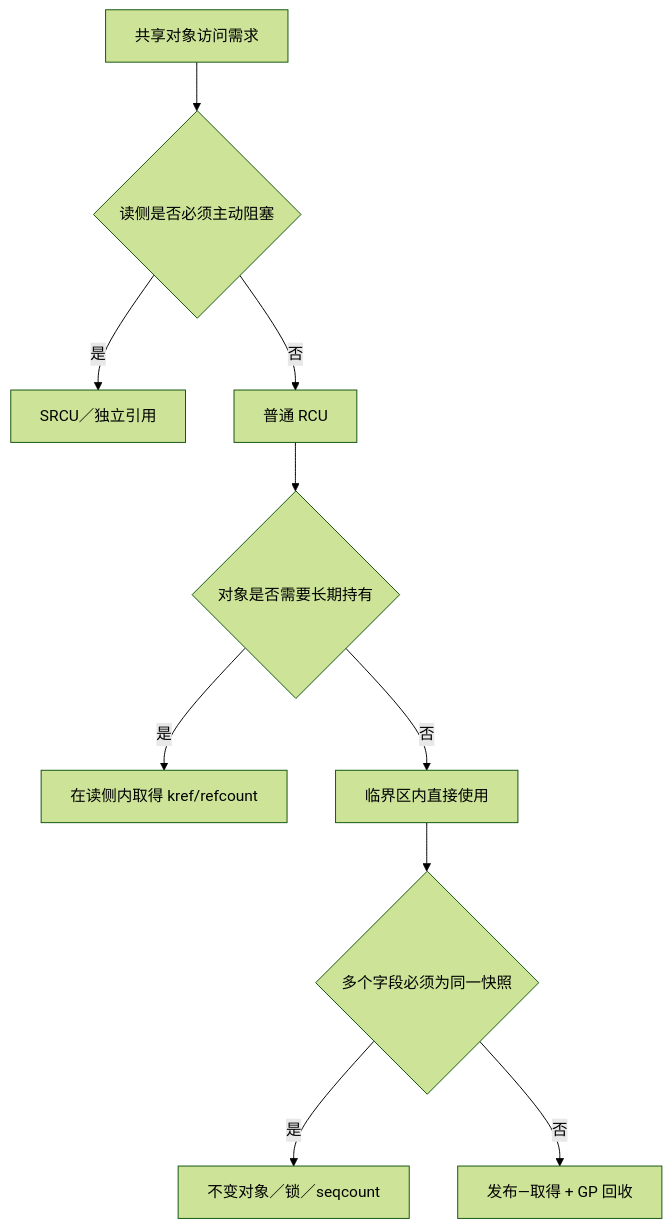
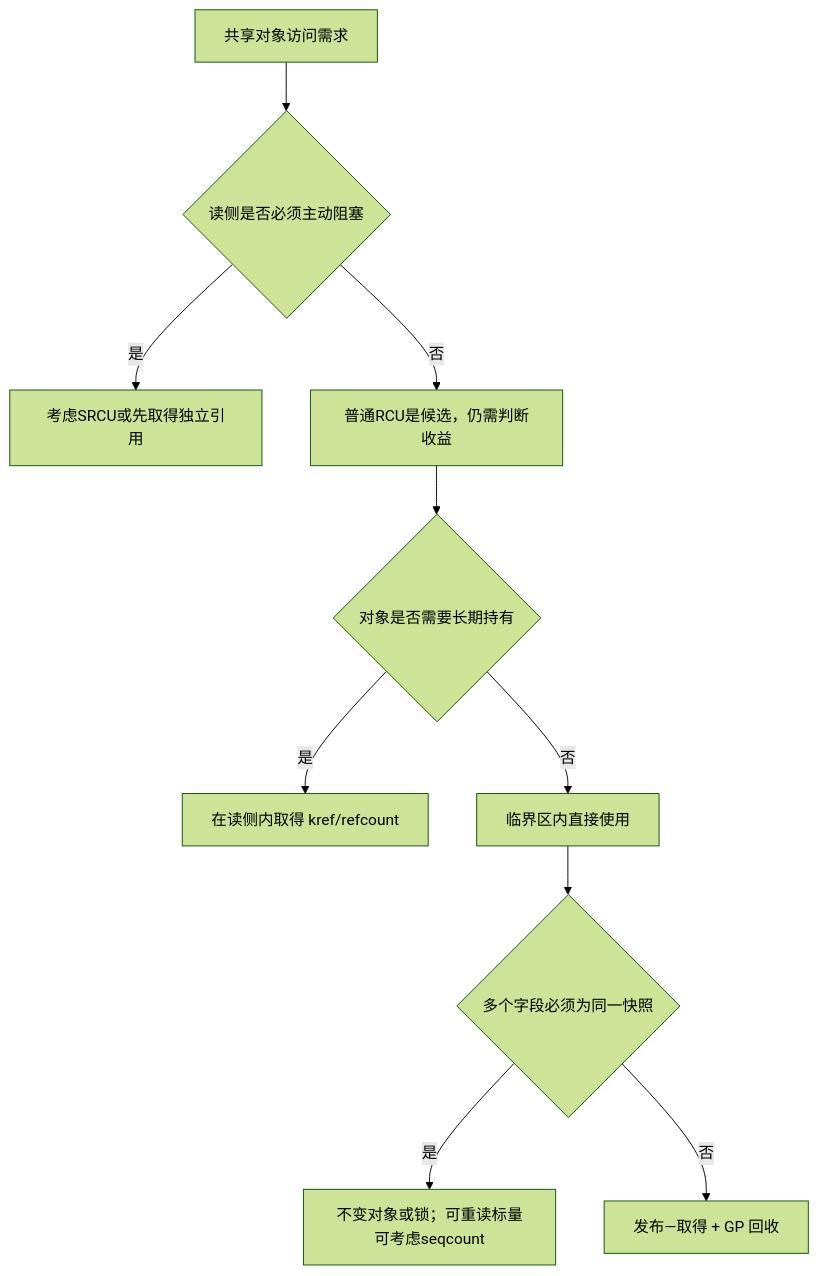
The first of 3 diagrams in knowledge/linux/synchronization_and_asynchrony/synchronization/rcu/P25_RCU_内存序_误用与选择边界.md (FormingSystem/linux_note), drawn with Mermaid (forest theme) before and after one commit. The commit also changed other lines of this file and 1 other file, not shown here.

First line of the commit message:
content(knowledge/rcu): 以完整周期收束发布顺序与选型边界

````diff
--- a/knowledge/linux/synchronization_and_asynchrony/synchronization/rcu/P25_RCU_内存序_误用与选择边界.md
+++ b/knowledge/linux/synchronization_and_asynchrony/synchronization/rcu/P25_RCU_内存序_误用与选择边界.md
@@ -49,12 +51,12 @@
 ```mermaid
 flowchart TD
     A[共享对象访问需求] --> B{读侧是否必须主动阻塞}
-    B -->|是| S[SRCU／独立引用]
-    B -->|否| R[普通 RCU]
+    B -->|是| S[考虑SRCU或先取得独立引用]
+    B -->|否| R[普通RCU是候选，仍需判断收益]
     R --> C{对象是否需要长期持有}
     C -->|是| K[在读侧内取得 kref/refcount]
     C -->|否| D[临界区内直接使用]
     D --> E{多个字段必须为同一快照}
-    E -->|是| L[不变对象／锁／seqcount]
+    E -->|是| L[不变对象或锁；可重读标量可考虑seqcount]
     E -->|否| P[发布—取得 + GP 回收]
 ```
````
